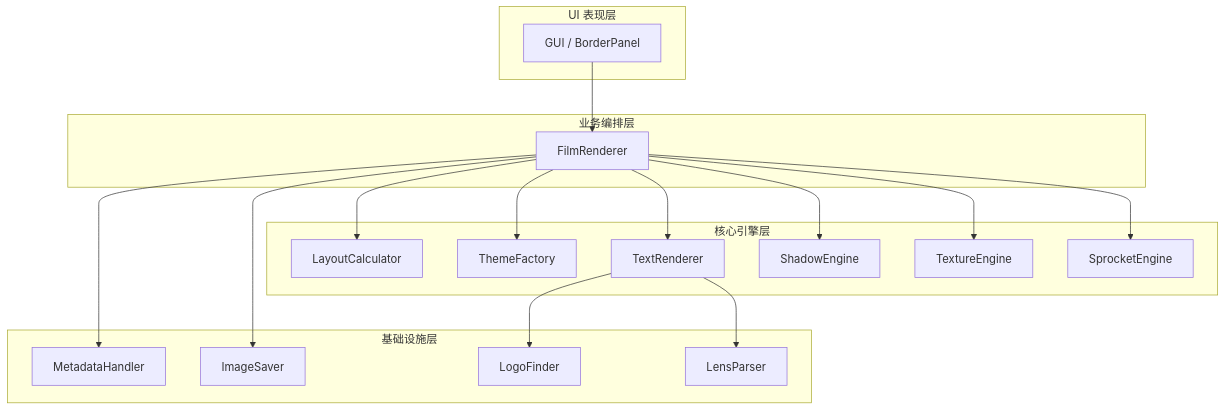
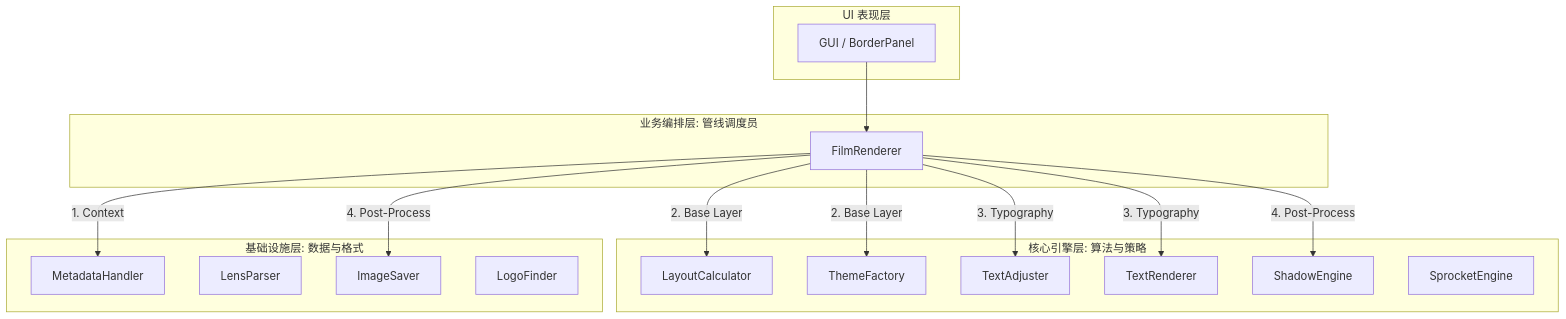
Before and after one commit to hugoxxxx/GT23_Workflow: the diagram in ARCHITECTURE_v2.4.1.md, drawn with Mermaid. The commit also changed other lines of this file and 9 other files, not shown here.

````diff
--- a/ARCHITECTURE_v2.4.1.md
+++ b/ARCHITECTURE_v2.4.1.md
@@ -9,38 +9,35 @@
 ```mermaid
 graph TD
     subgraph Presentation_Layer [UI 表现层]
         GUI[GUI / BorderPanel]
     end
 
-    subgraph Orchestration_Layer [业务编排层]
+    subgraph Orchestration_Layer [业务编排层: 管线调度员]
         FR[FilmRenderer]
     end
 
-    subgraph Domain_Engine_Layer [核心引擎层]
+    subgraph Domain_Engine_Layer [核心引擎层: 算法与策略]
         LC[LayoutCalculator]
         TF[ThemeFactory]
+        TA[TextAdjuster]
         TR[TextRenderer]
         SE[ShadowEngine]
-        TE[TextureEngine]
         SK[SprocketEngine]
     end
 
-    subgraph Infrastructure_Layer [基础设施层]
+    subgraph Infrastructure_Layer [基础设施层: 数据与格式]
         MH[MetadataHandler]
+        LP[LensParser]
         IS[ImageSaver]
         LF[LogoFinder]
-        LP[LensParser]
     end
 
     GUI --> FR
-    FR --> LC
-    FR --> TF
-    FR --> TR
-    FR --> SE
-    FR --> TE
-    FR --> SK
-    TR --> LF
-    TR --> LP
-    FR --> MH
-    FR --> IS
+    FR -- 1. Context --> MH
+    FR -- 2. Base Layer --> LC
+    FR -- 2. Base Layer --> TF
+    FR -- 3. Typography --> TA
+    FR -- 3. Typography --> TR
+    FR -- 4. Post-Process --> SE
+    FR -- 4. Post-Process --> IS
 ```
````
